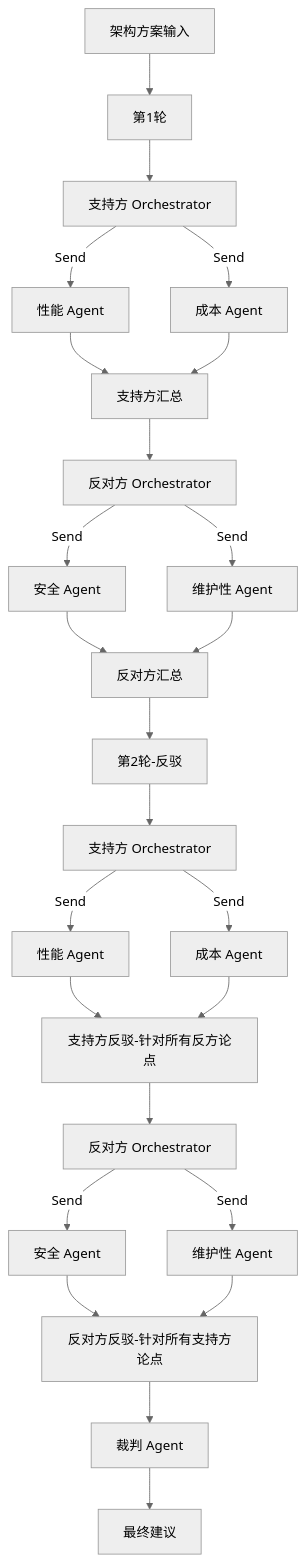
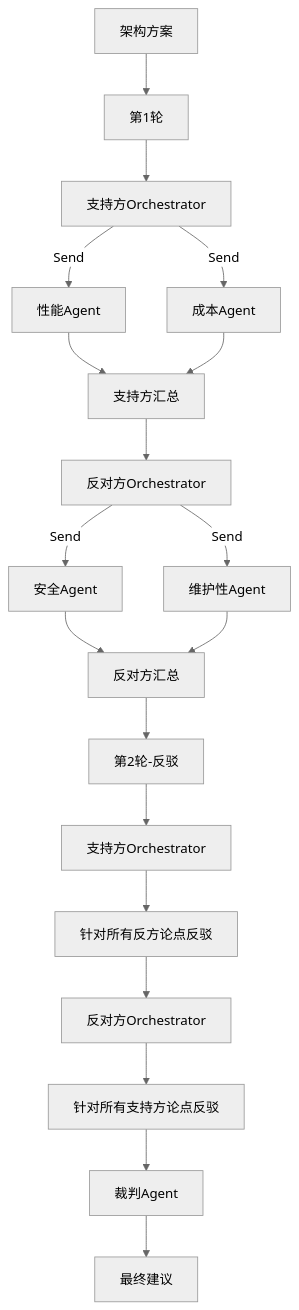
The second of 2 diagrams in README.md (aeolusyansheng19810626/multi-agent), drawn with Mermaid (neutral theme) before and after one commit. The commit also changed other lines of this file and 7 other files, not shown here.

````diff
--- a/README.md
+++ b/README.md
@@ -89,27 +64,21 @@
 ```mermaid
 graph TD
-    Input[架构方案输入] --> Round1[第1轮]
-    Round1 --> ProOrch1[支持方 Orchestrator]
-    ProOrch1 -->|Send| Perf1[性能 Agent]
-    ProOrch1 -->|Send| Cost1[成本 Agent]
+    Input[架构方案] --> Round1[第1轮]
+    Round1 --> ProOrch1[支持方Orchestrator]
+    ProOrch1 -->|Send| Perf1[性能Agent]
+    ProOrch1 -->|Send| Cost1[成本Agent]
     Perf1 --> ProSum1[支持方汇总]
     Cost1 --> ProSum1
-    ProSum1 --> ConOrch1[反对方 Orchestrator]
-    ConOrch1 -->|Send| Sec1[安全 Agent]
-    ConOrch1 -->|Send| Maint1[维护性 Agent]
+    ProSum1 --> ConOrch1[反对方Orchestrator]
+    ConOrch1 -->|Send| Sec1[安全Agent]
+    ConOrch1 -->|Send| Maint1[维护性Agent]
     Sec1 --> ConSum1[反对方汇总]
     Maint1 --> ConSum1
     ConSum1 --> Round2[第2轮-反驳]
-    Round2 --> ProOrch2[支持方 Orchestrator]
-    ProOrch2 -->|Send| Perf2[性能 Agent]
-    ProOrch2 -->|Send| Cost2[成本 Agent]
-    Perf2 --> ProSum2[支持方反驳-针对所有反方论点]
-    Cost2 --> ProSum2
-    ProSum2 --> ConOrch2[反对方 Orchestrator]
-    ConOrch2 -->|Send| Sec2[安全 Agent]
-    ConOrch2 -->|Send| Maint2[维护性 Agent]
-    Sec2 --> ConSum2[反对方反驳-针对所有支持方论点]
-    Maint2 --> ConSum2
-    ConSum2 --> Judge[裁判 Agent]
+    Round2 --> ProOrch2[支持方Orchestrator]
+    ProOrch2 --> ProSum2[针对所有反方论点反驳]
+    ProSum2 --> ConOrch2[反对方Orchestrator]
+    ConOrch2 --> ConSum2[针对所有支持方论点反驳]
+    ConSum2 --> Judge[裁判Agent]
     Judge --> Verdict[最终建议]
 ```
````
